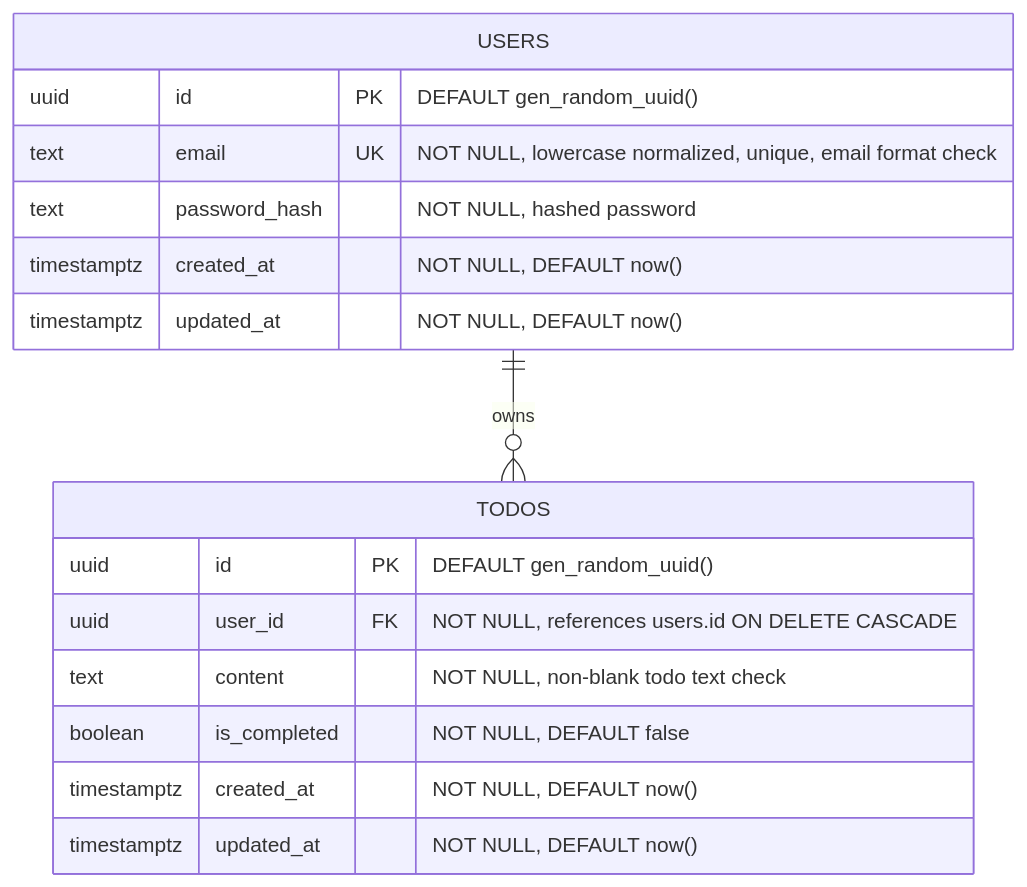
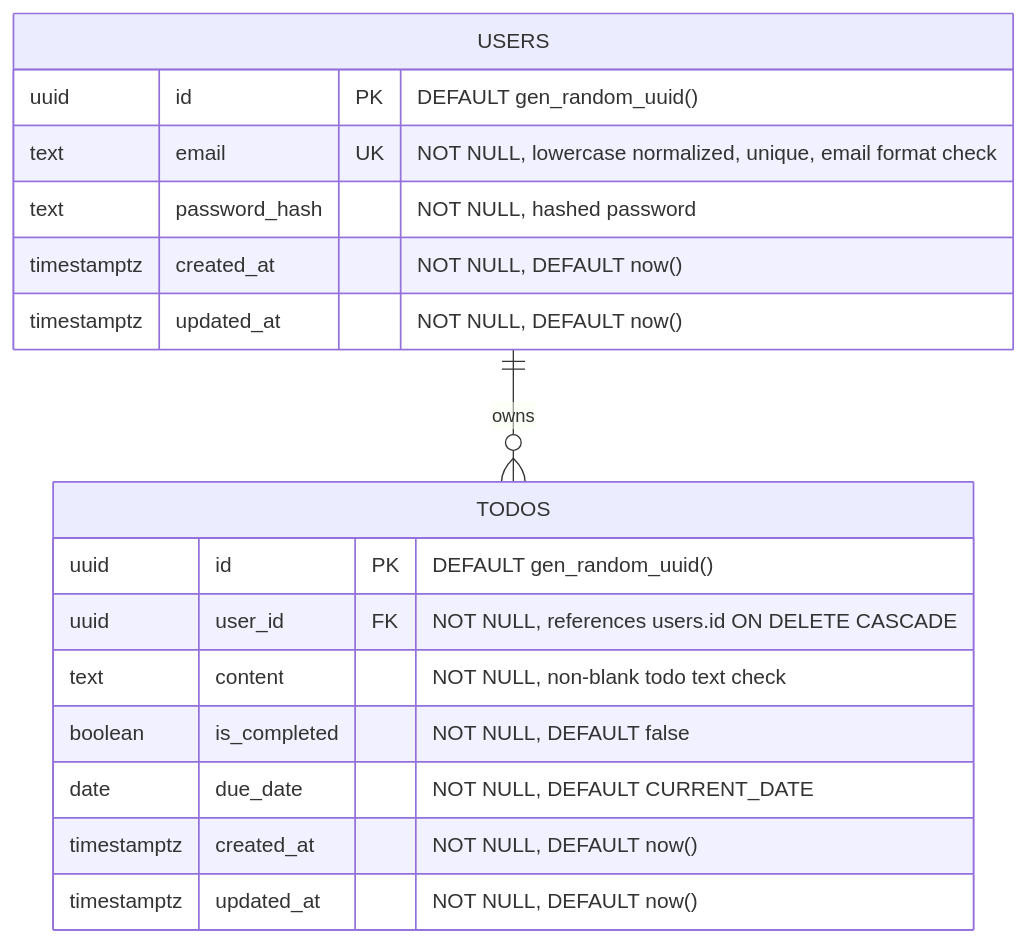
One commit to dodoh4t/vibecoding_practice changed the diagram in ERD.md. Above: the diagram before and after it, drawn with Mermaid. The commit also changed other lines of this file and 12 other files, not shown here.

````diff
--- a/ERD.md
+++ b/ERD.md
@@ -19,21 +19,22 @@
 ```mermaid
 erDiagram
     USERS ||--o{ TODOS : owns
 
     USERS {
         uuid id PK "DEFAULT gen_random_uuid()"
         text email UK "NOT NULL, lowercase normalized, unique, email format check"
         text password_hash "NOT NULL, hashed password"
         timestamptz created_at "NOT NULL, DEFAULT now()"
         timestamptz updated_at "NOT NULL, DEFAULT now()"
     }
 
     TODOS {
         uuid id PK "DEFAULT gen_random_uuid()"
         uuid user_id FK "NOT NULL, references users.id ON DELETE CASCADE"
         text content "NOT NULL, non-blank todo text check"
         boolean is_completed "NOT NULL, DEFAULT false"
+        date due_date "NOT NULL, DEFAULT CURRENT_DATE"
         timestamptz created_at "NOT NULL, DEFAULT now()"
         timestamptz updated_at "NOT NULL, DEFAULT now()"
     }
 ```
````
